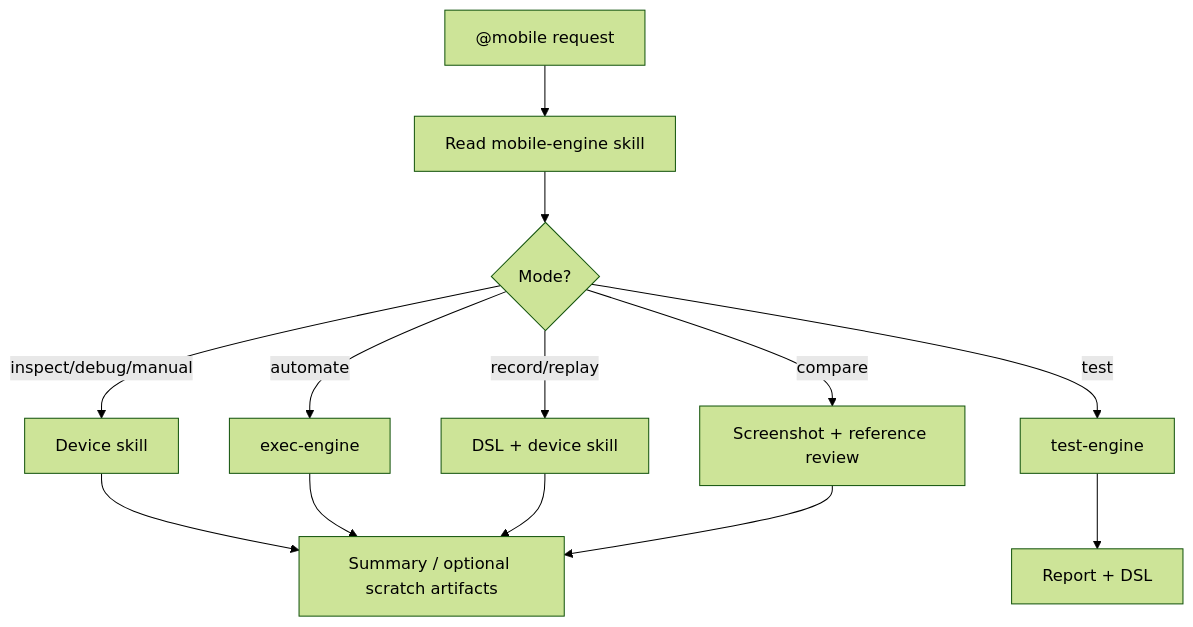
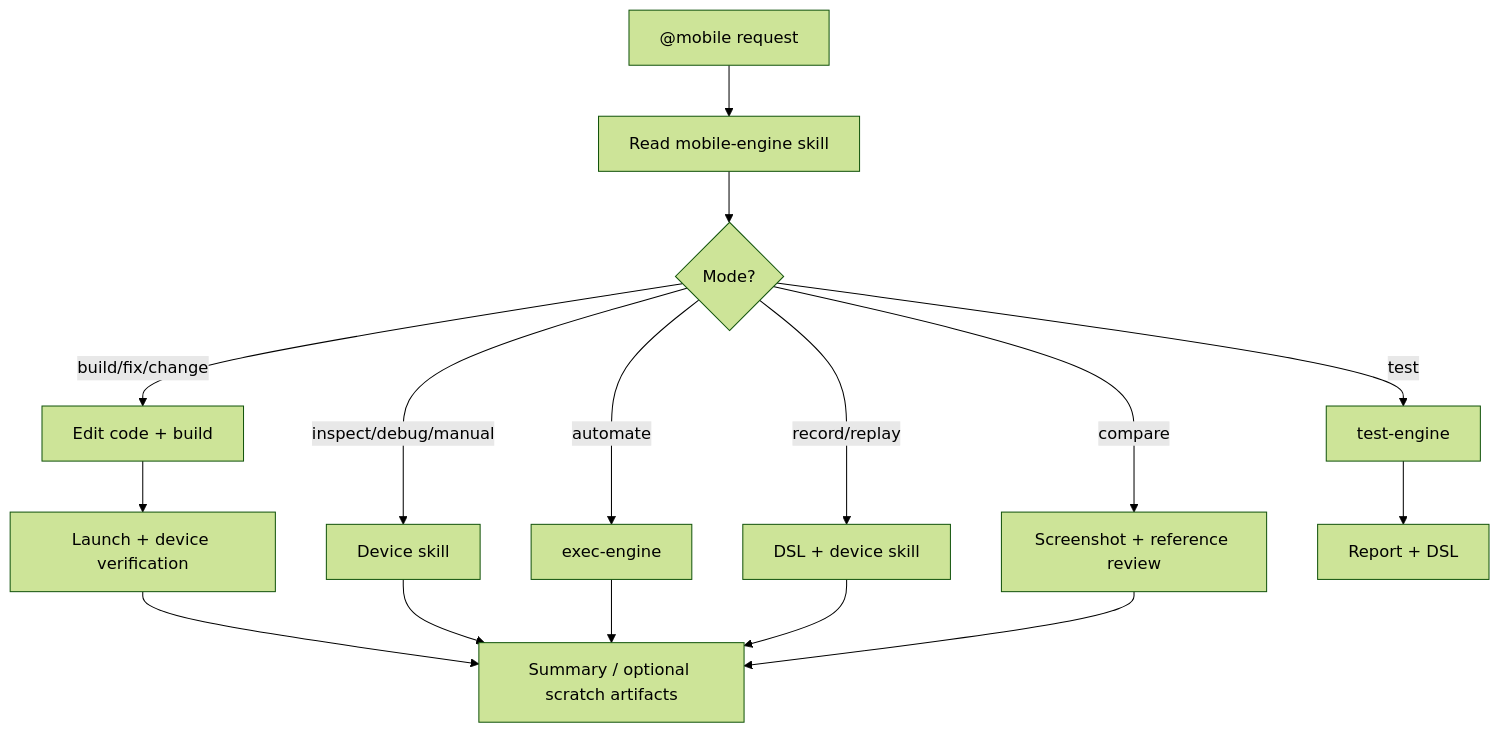
One commit to amirghm/tapwright changed the diagram in pack/workflows/mobile.md. Above: the diagram before and after it, drawn with Mermaid (forest theme). The commit also changed other lines of this file and 9 other files, not shown here.

````diff
--- a/pack/workflows/mobile.md
+++ b/pack/workflows/mobile.md
@@ -80,15 +92,18 @@
 ```mermaid
 flowchart TD
     A["@mobile request"] --> B[Read mobile-engine skill]
     B --> C{Mode?}
+    C -->|build/fix/change| K[Edit code + build]
+    K --> L[Launch + device verification]
     C -->|inspect/debug/manual| D[Device skill]
     C -->|automate| E[exec-engine]
     C -->|test| F[test-engine]
     C -->|record/replay| G[DSL + device skill]
     C -->|compare| H[Screenshot + reference review]
+    L --> I
     D --> I[Summary / optional scratch artifacts]
     E --> I
     F --> J[Report + DSL]
     G --> I
     H --> I
 ```
````
